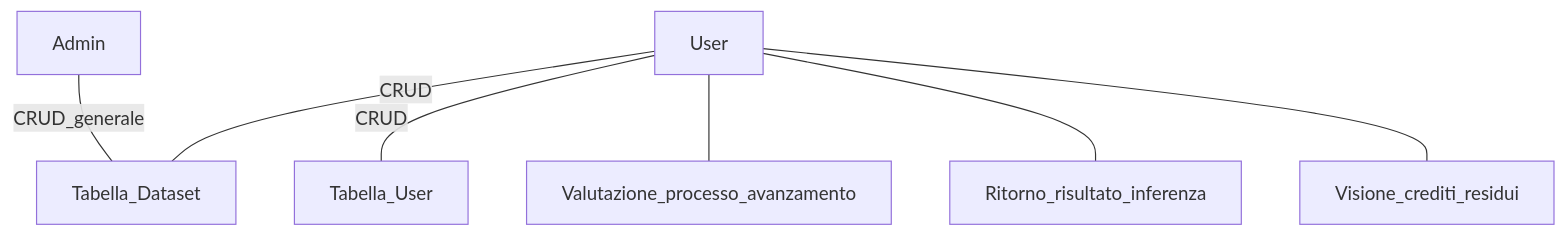
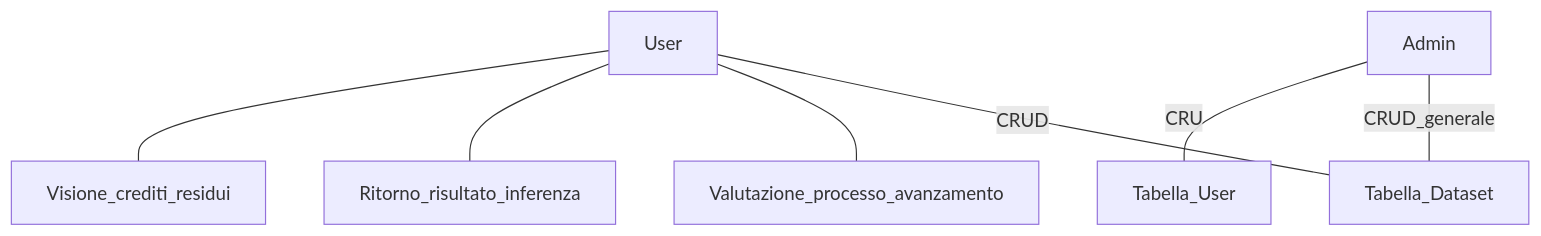
Before and after one commit to AgneseBruglia/PA2024: the third of 7 diagrams in README.md, drawn with Mermaid. The commit also changed other lines of this file, not shown here.

````diff
--- a/README.md
+++ b/README.md
@@ -74,10 +74,10 @@
 ```mermaid
 graph TD
     User ---|CRUD| Tabella_Dataset
     Admin ---|CRUD_generale| Tabella_Dataset
-    User ---|CRUD| Tabella_User
+    Admin ---|CRU| Tabella_User
     User --- Valutazione_processo_avanzamento
     User --- Ritorno_risultato_inferenza
     User --- Visione_crediti_residui
 
 ```
````
